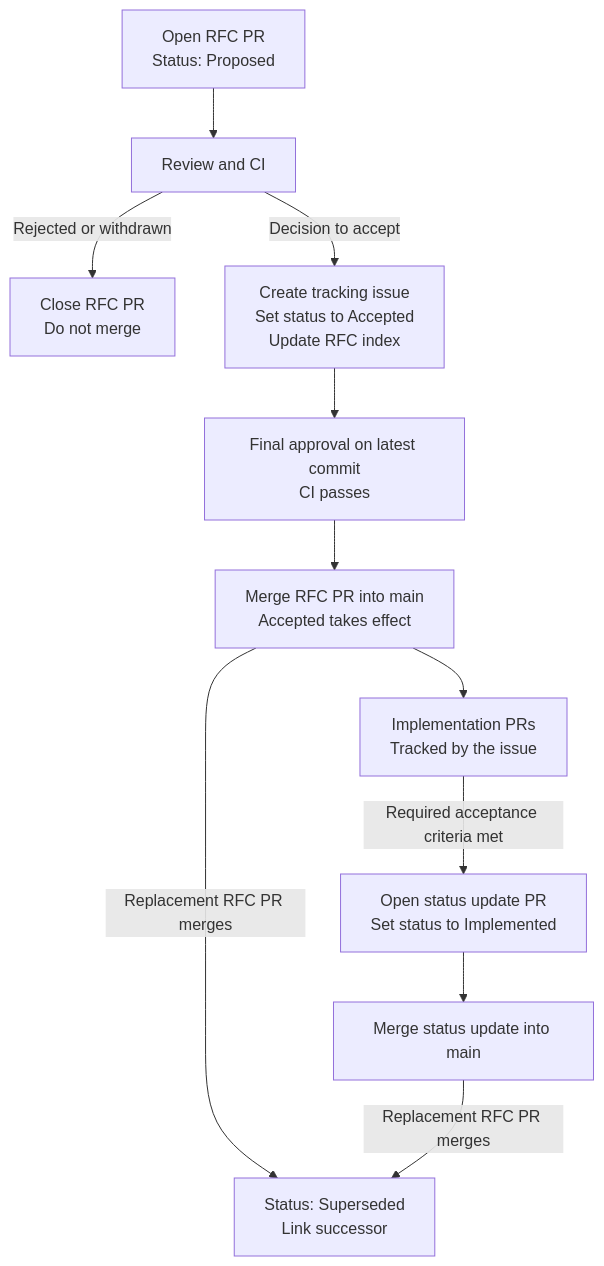
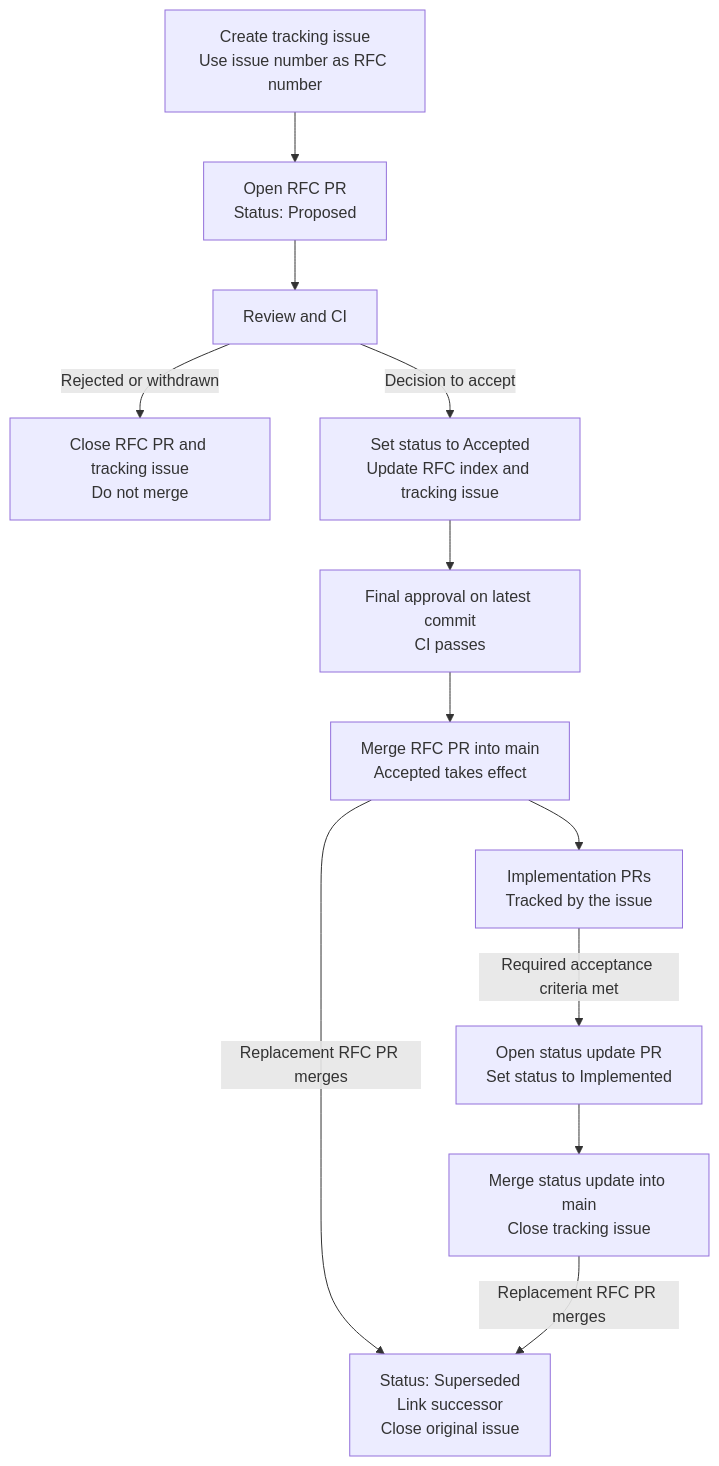
The diagram in rfcs/README.md (Actrium/actr), drawn with Mermaid before and after one commit. The commit also changed other lines of this file and 1 other file, not shown here.

Commit message:
chore: derive RFC numbers from tracking issues

````diff
--- a/rfcs/README.md
+++ b/rfcs/README.md
@@ -45,13 +46,14 @@
 ```mermaid
 flowchart TD
-    A["Open RFC PR<br/>Status: Proposed"] --> B["Review and CI"]
-    B -->|Rejected or withdrawn| X["Close RFC PR<br/>Do not merge"]
-    B -->|Decision to accept| C["Create tracking issue<br/>Set status to Accepted<br/>Update RFC index"]
-    C --> D["Final approval on latest commit<br/>CI passes"]
-    D --> E["Merge RFC PR into main<br/>Accepted takes effect"]
-    E --> F["Implementation PRs<br/>Tracked by the issue"]
-    F -->|Required acceptance criteria met| G["Open status update PR<br/>Set status to Implemented"]
-    G --> H["Merge status update into main"]
-    E -->|Replacement RFC PR merges| I["Status: Superseded<br/>Link successor"]
-    H -->|Replacement RFC PR merges| I
+    A["Create tracking issue<br/>Use issue number as RFC number"] --> B["Open RFC PR<br/>Status: Proposed"]
+    B --> C["Review and CI"]
+    C -->|Rejected or withdrawn| X["Close RFC PR and tracking issue<br/>Do not merge"]
+    C -->|Decision to accept| D["Set status to Accepted<br/>Update RFC index and tracking issue"]
+    D --> E["Final approval on latest commit<br/>CI passes"]
+    E --> F["Merge RFC PR into main<br/>Accepted takes effect"]
+    F --> G["Implementation PRs<br/>Tracked by the issue"]
+    G -->|Required acceptance criteria met| H["Open status update PR<br/>Set status to Implemented"]
+    H --> I["Merge status update into main<br/>Close tracking issue"]
+    F -->|Replacement RFC PR merges| J["Status: Superseded<br/>Link successor<br/>Close original issue"]
+    I -->|Replacement RFC PR merges| J
 ```
````
